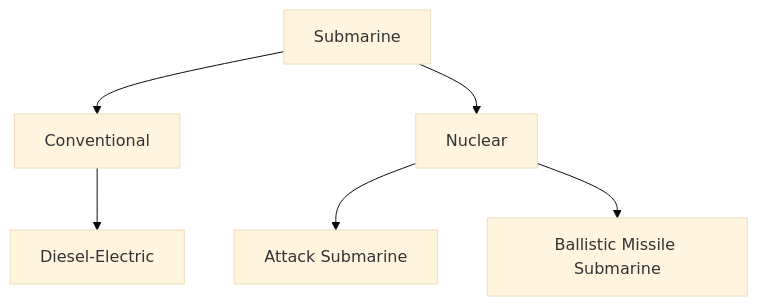
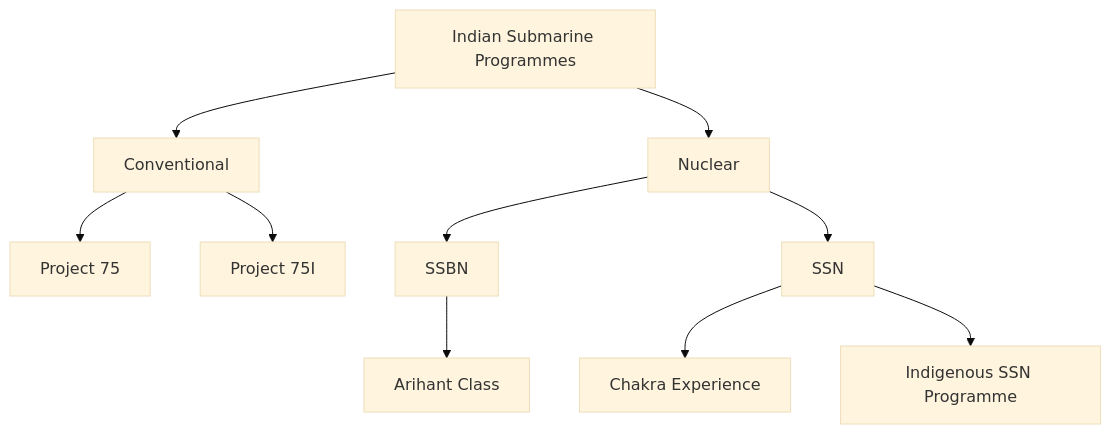
One commit to abhijitxroy/india changed the fifth of 6 diagrams in 05-security/01-defence/navy/submarines.md. Above: the diagram before and after it, drawn with Mermaid (base theme). The commit also changed other lines of this file and 4 other files, not shown here.

````diff
--- a/05-security/01-defence/navy/submarines.md
+++ b/05-security/01-defence/navy/submarines.md
@@ -60,12 +427,17 @@
 ```mermaid
 flowchart TD
-    Submarine[Submarine]
+    SubmarineProgrammes[Indian Submarine Programmes]
 
-    Submarine --> Conventional[Conventional]
-    Submarine --> Nuclear[Nuclear]
+    SubmarineProgrammes --> Conventional[Conventional]
+    SubmarineProgrammes --> Nuclear[Nuclear]
 
-    Conventional --> DieselElectric[Diesel-Electric]
+    Conventional --> P75[Project 75]
+    Conventional --> P75I[Project 75I]
 
-    Nuclear --> SSN[Attack Submarine]
-    Nuclear --> SSBN[Ballistic Missile Submarine]
+    Nuclear --> SSBN[SSBN]
+    Nuclear --> SSN[SSN]
+
+    SSBN --> Arihant[Arihant Class]
+    SSN --> Chakra[Chakra Experience]
+    SSN --> Indigenous[Indigenous SSN Programme]
 ```
````
